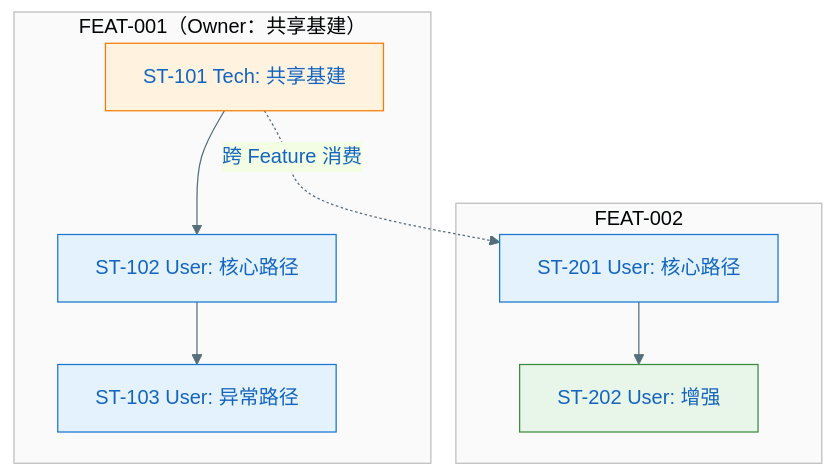
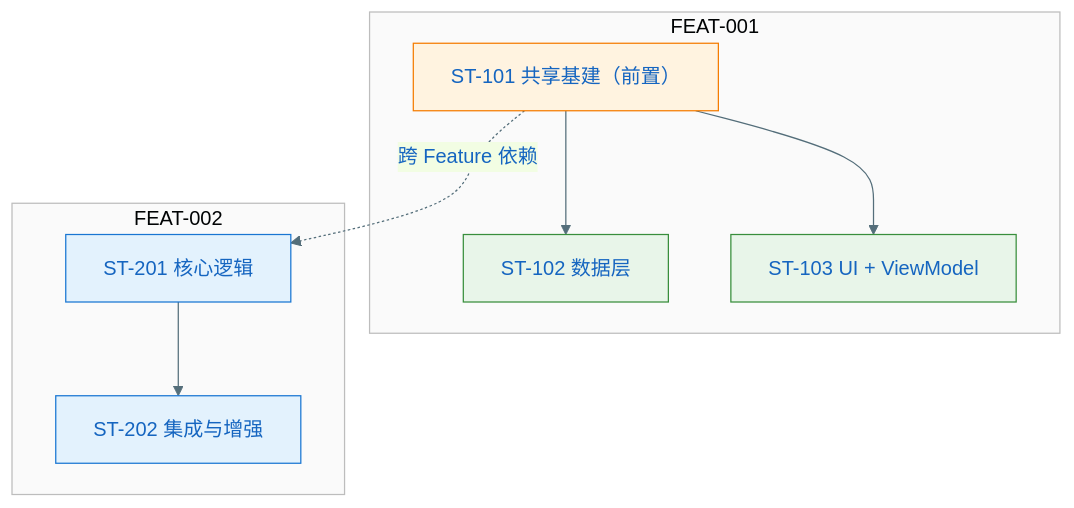
Before and after one commit to jackykarma/Verity: the sixth of 6 diagrams in .specify/templates/epic-design-doc-template.md, drawn with Mermaid. The commit also changed other lines of this file and 6 other files, not shown here.

````diff
--- a/.specify/templates/epic-design-doc-template.md
+++ b/.specify/templates/epic-design-doc-template.md
@@ -1116,27 +1080,27 @@
 ```mermaid
 %%{init: {'theme': 'base', 'themeVariables': { 'primaryColor': '#E3F2FD', 'primaryTextColor': '#1565C0', 'primaryBorderColor': '#1976D2', 'lineColor': '#546E7A'}}}%%
 flowchart TD
-  subgraph FEAT1["FEAT-001（Owner：共享基建）"]
-    ST101["ST-101 Tech: 共享基建"]
-    ST102["ST-102 User: 核心路径"]
-    ST103["ST-103 User: 异常路径"]
+  subgraph FEAT1["FEAT-001"]
+    ST101["ST-101 共享基建（前置）"]
+    ST102["ST-102 数据层"]
+    ST103["ST-103 UI + ViewModel"]
     ST101 --> ST102
-    ST102 --> ST103
+    ST101 --> ST103
   end
 
   subgraph FEAT2["FEAT-002"]
-    ST201["ST-201 User: 核心路径"]
-    ST202["ST-202 User: 增强"]
+    ST201["ST-201 核心逻辑"]
+    ST202["ST-202 集成与增强"]
     ST201 --> ST202
   end
 
-  ST101 -.->|跨 Feature 消费| ST201
+  ST101 -.->|跨 Feature 依赖| ST201
 
   style ST101 fill:#FFF3E0,stroke:#F57C00
-  style ST102 fill:#E3F2FD,stroke:#1976D2
-  style ST103 fill:#E3F2FD,stroke:#1976D2
+  style ST102 fill:#E8F5E9,stroke:#388E3C
+  style ST103 fill:#E8F5E9,stroke:#388E3C
   style ST201 fill:#E3F2FD,stroke:#1976D2
-  style ST202 fill:#E8F5E9,stroke:#388E3C
+  style ST202 fill:#E3F2FD,stroke:#1976D2
   style FEAT1 fill:#FAFAFA,stroke:#BDBDBD,stroke-width:1px
   style FEAT2 fill:#FAFAFA,stroke:#BDBDBD,stroke-width:1px
 ```
````
